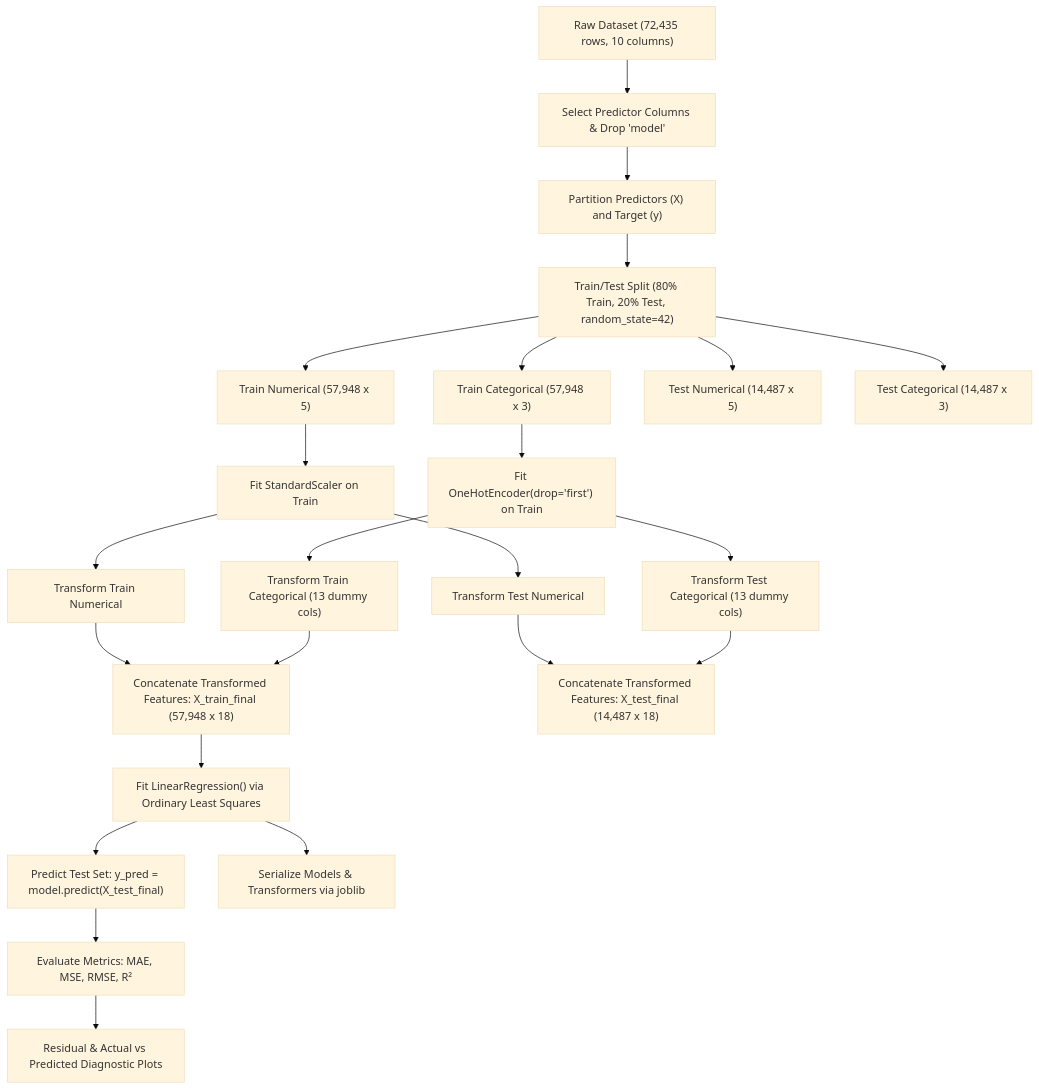
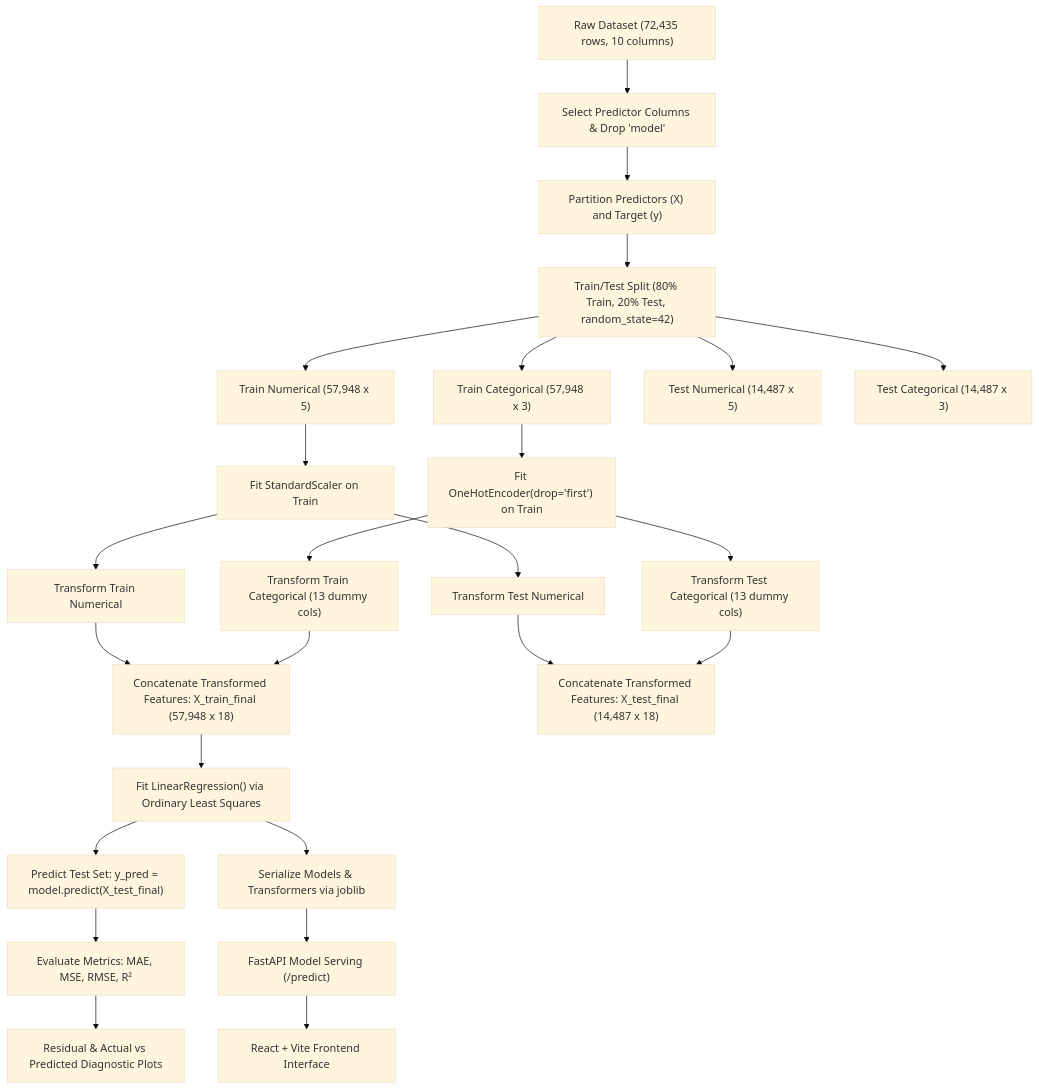
The diagram in README.md (jayranedev/used-car-price-linear-regression), drawn with Mermaid (base theme) before and after one commit. The commit also changed other lines of this file and 2 other files, not shown here.

````diff
--- a/README.md
+++ b/README.md
@@ -99,25 +131,27 @@
 ```mermaid
 flowchart TD
     A["Raw Dataset (72,435 rows, 10 columns)"] --> B["Select Predictor Columns & Drop 'model'"]
     B --> C["Partition Predictors (X) and Target (y)"]
     C --> D["Train/Test Split (80% Train, 20% Test, random_state=42)"]
     D --> E1["Train Numerical (57,948 x 5)"]
     D --> E2["Train Categorical (57,948 x 3)"]
     D --> E3["Test Numerical (14,487 x 5)"]
     D --> E4["Test Categorical (14,487 x 3)"]
     E1 --> F1["Fit StandardScaler on Train"]
     F1 --> G1["Transform Train Numerical"]
     F1 --> G2["Transform Test Numerical"]
     E2 --> F2["Fit OneHotEncoder(drop='first') on Train"]
     F2 --> H1["Transform Train Categorical (13 dummy cols)"]
     F2 --> H2["Transform Test Categorical (13 dummy cols)"]
     G1 --> I1["Concatenate Transformed Features: X_train_final (57,948 x 18)"]
     H1 --> I1
     G2 --> I2["Concatenate Transformed Features: X_test_final (14,487 x 18)"]
     H2 --> I2
     I1 --> J["Fit LinearRegression() via Ordinary Least Squares"]
     J --> K["Predict Test Set: y_pred = model.predict(X_test_final)"]
     K --> L["Evaluate Metrics: MAE, MSE, RMSE, R²"]
     L --> M["Residual & Actual vs Predicted Diagnostic Plots"]
     J --> N["Serialize Models & Transformers via joblib"]
+    N --> O["FastAPI Model Serving (/predict)"]
+    O --> P["React + Vite Frontend Interface"]
 ```
````
